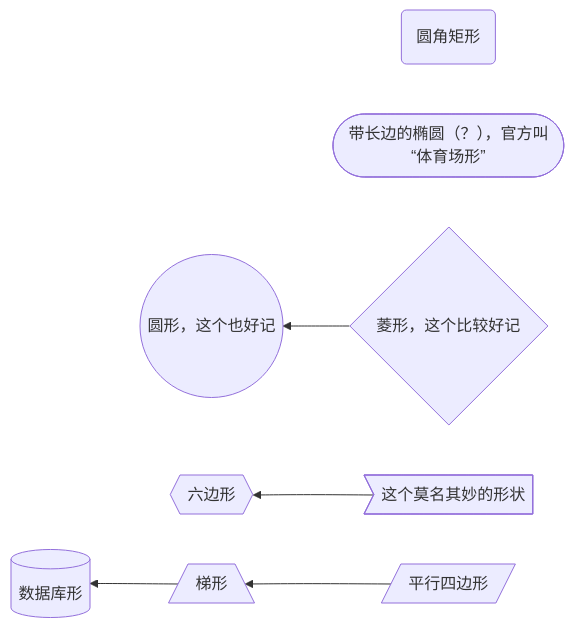
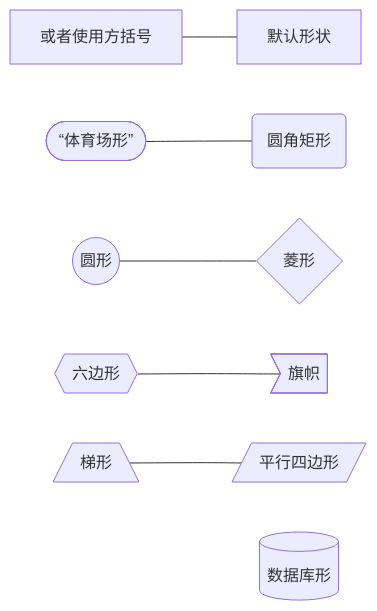
One commit to ursa-minor-alkaid/Mermaid-Learning changed the second of 12 diagrams in 1.1-流程图基本语法.md. Above: the diagram before and after it, drawn with Mermaid. The commit also changed other lines of this file and 4 other files, not shown here.

````diff
--- a/1.1-流程图基本语法.md
+++ b/1.1-流程图基本语法.md
@@ -53,9 +62,20 @@
-```mermaid
-graph RL
-    id1(圆角矩形);
-    id2([带长边的椭圆（？），官方叫“体育场形”]);
-    C{菱形，这个比较好记}-->4((圆形，这个也好记));
-    a>这个莫名其妙的形状]-->id3{{六边形}};
-    id4[/平行四边形/]-->id5[/梯形\]-->id6[(数据库形)];
-    %%还有些少见的就没放上来
-```
+    ```mermaid
+    graph RL
+        默认形状
+        or[或者使用方括号]
+        id1(圆角矩形);
+        id2([“体育场形”]);
+        C{菱形}
+        4((圆形));
+        a>旗帜]
+        id3{{六边形}};
+        id4[/平行四边形/]
+        id5[/梯形\]
+        id6[(数据库形)];
+
+        默认形状 --- or
+        id1 --- id2
+        C --- 4
+        a --- id3
+        id4 --- id5
+    ```
````
